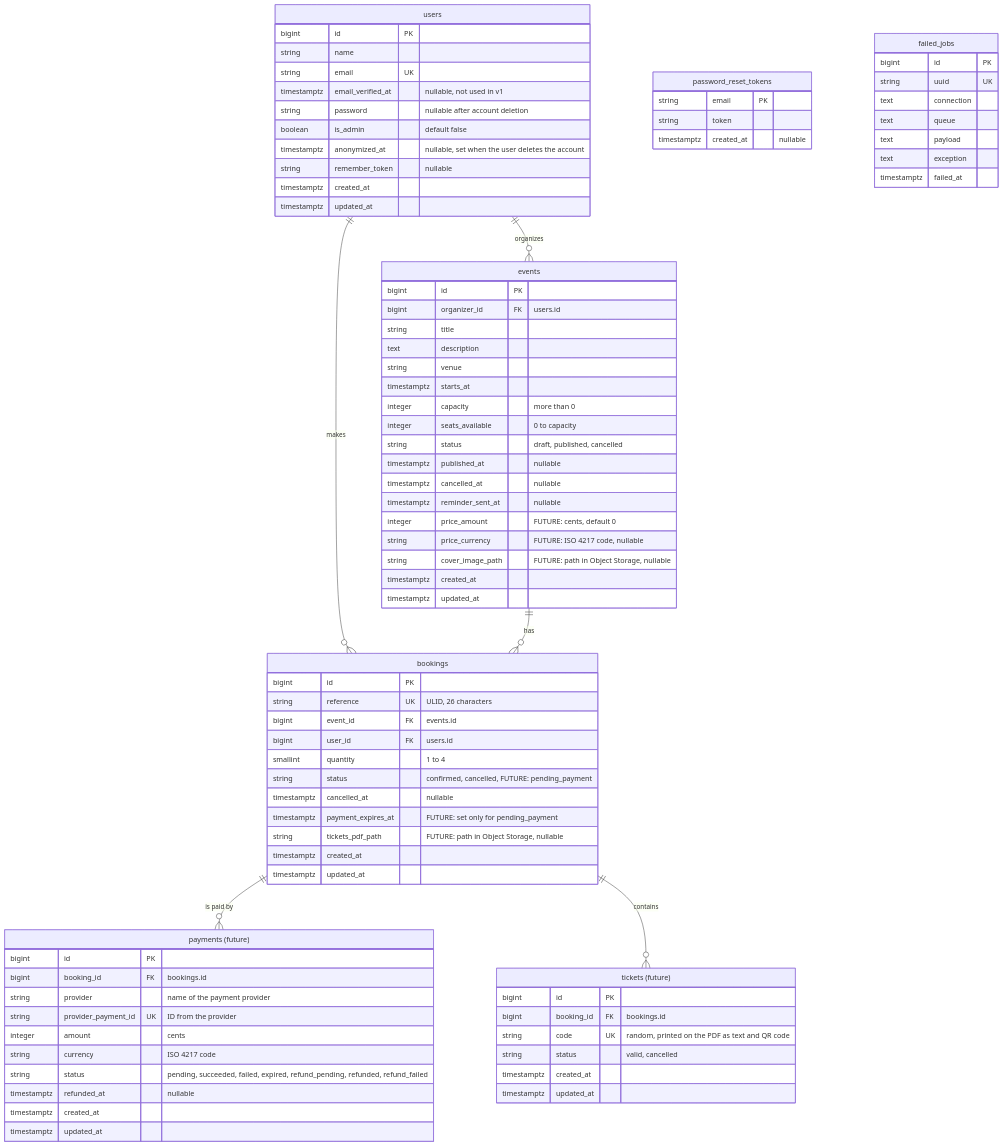
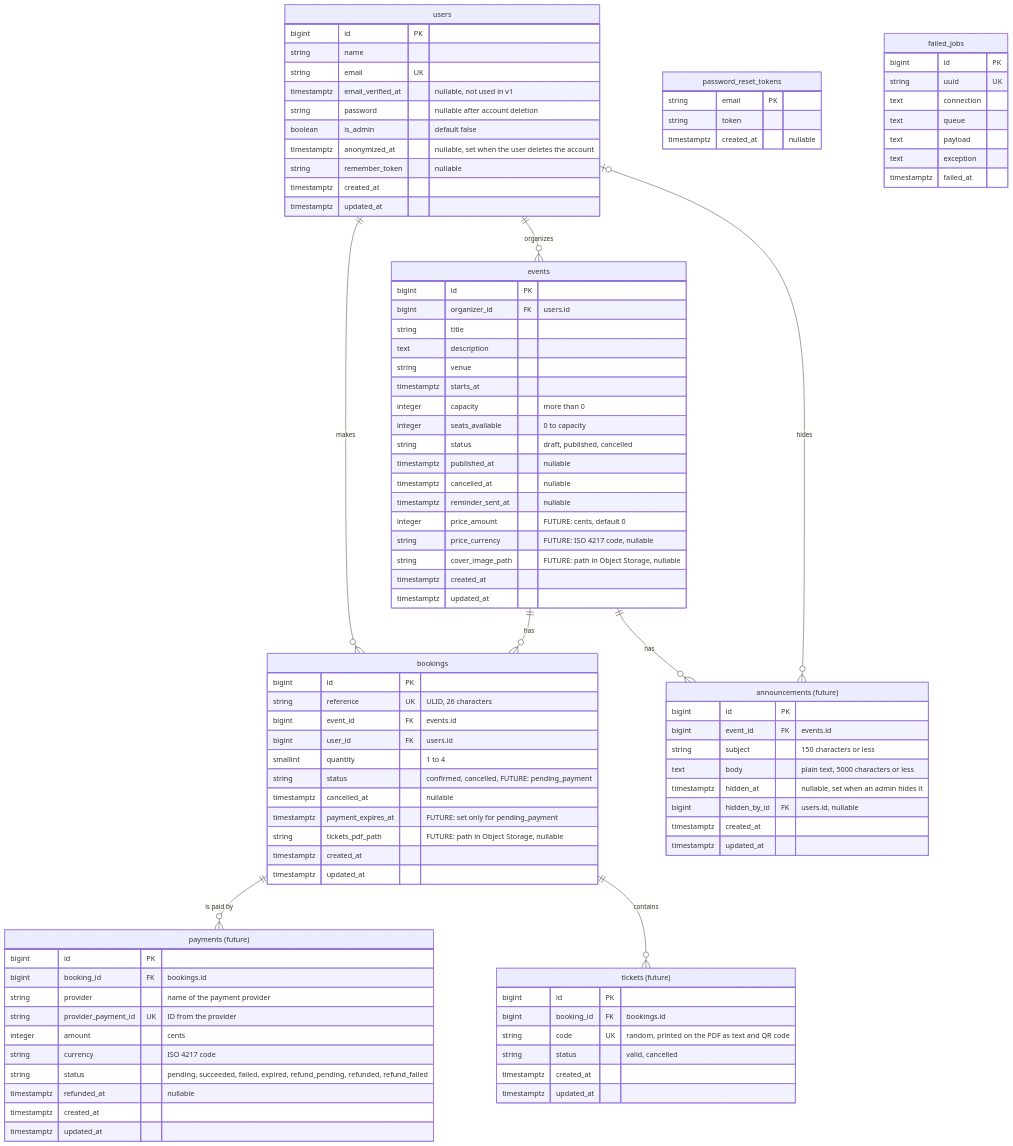
The diagram in docs/design/erd.md (Leonelmarianog/event-booking-system), drawn with Mermaid before and after one commit. The commit also changed other lines of this file and 2 other files, not shown here.

Commit message:
docs: add future event change emails and announcements rules

```diff
--- a/docs/design/erd.md
+++ b/docs/design/erd.md
@@ -13,6 +13,8 @@
     events ||--o{ bookings : "has"
     bookings ||--o{ payments : "is paid by"
     bookings ||--o{ tickets : "contains"
+    events ||--o{ announcements : "has"
+    users |o--o{ announcements : "hides"
 
     users {
         bigint id PK
@@ -74,6 +76,17 @@
         timestamptz updated_at
     }
 
+    announcements["announcements (future)"] {
+        bigint id PK
+        bigint event_id FK "events.id"
+        string subject "150 characters or less"
+        text body "plain text, 5000 characters or less"
+        timestamptz hidden_at "nullable, set when an admin hides it"
+        bigint hidden_by_id FK "users.id, nullable"
+        timestamptz created_at
+        timestamptz updated_at
+    }
+
     tickets["tickets (future)"] {
         bigint id PK
         bigint booking_id FK "bookings.id"
```
